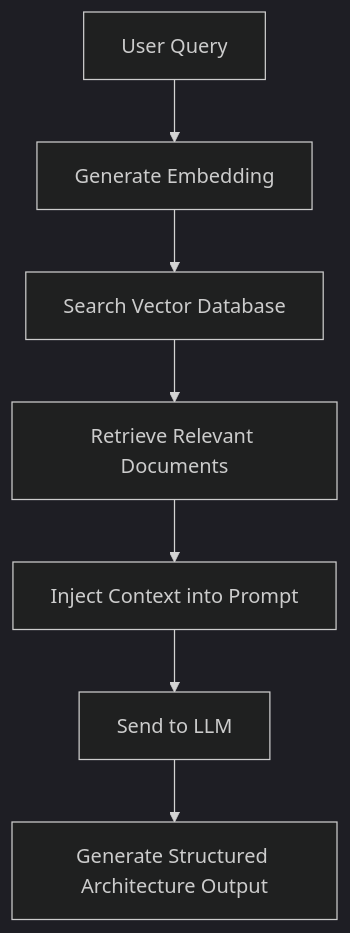
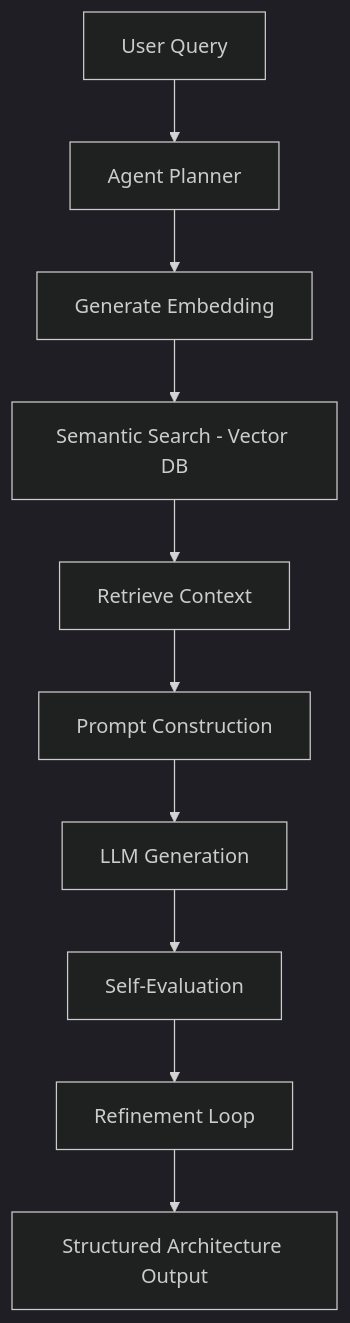
Before and after one commit to rks2601/ai-system-design-architect: the second of 2 diagrams in README.md, drawn with Mermaid (dark theme). The commit also changed other lines of this file, not shown here.

````diff
--- a/README.md
+++ b/README.md
@@ -60,9 +53,23 @@
 ```mermaid
 flowchart TD
-    A[User Query] --> B[Generate Embedding]
-    B --> C[Search Vector Database]
-    C --> D[Retrieve Relevant Documents]
-    D --> E[Inject Context into Prompt]
-    E --> F[Send to LLM]
-    F --> G[Generate Structured Architecture Output]
+    A[User Query]
+    B[Agent Planner]
+    C[Generate Embedding]
+    D[Semantic Search - Vector DB]
+    E[Retrieve Context]
+    F[Prompt Construction]
+    G[LLM Generation]
+    H[Self-Evaluation]
+    I[Refinement Loop]
+    J[Structured Architecture Output]
+
+    A --> B
+    B --> C
+    C --> D
+    D --> E
+    E --> F
+    F --> G
+    G --> H
+    H --> I
+    I --> J
 ```
````
